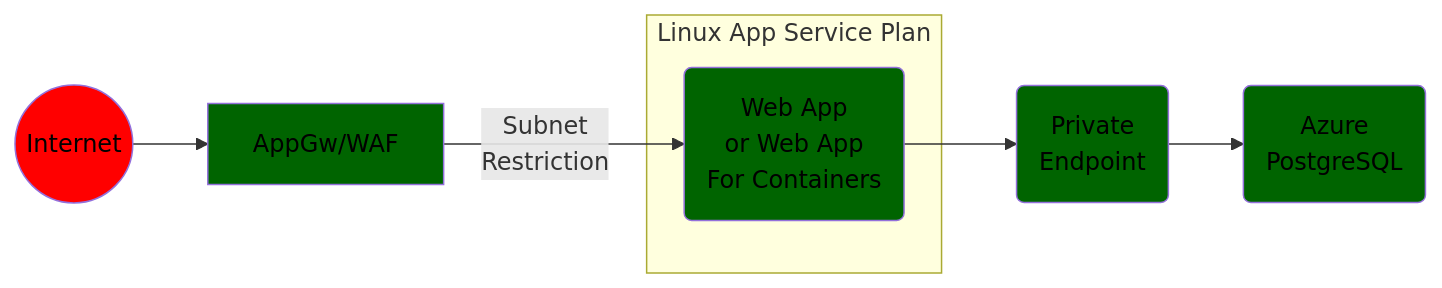
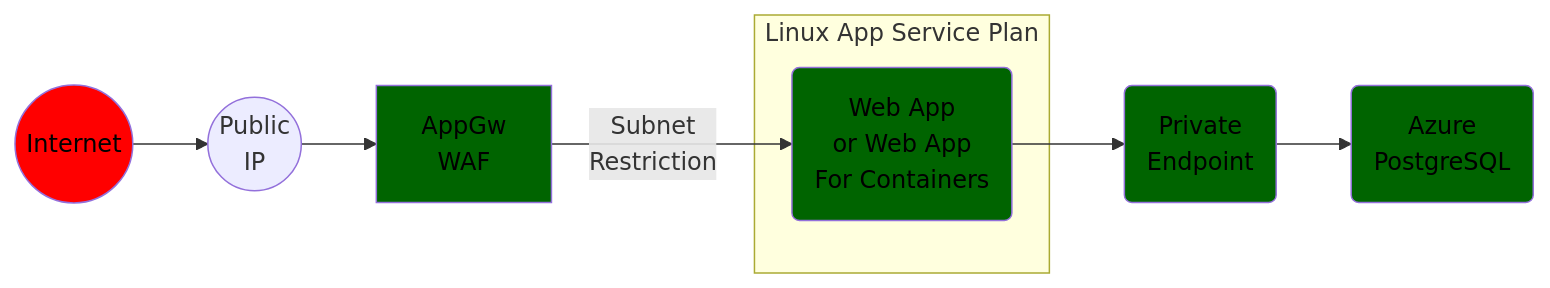
The third of 3 diagrams in README.md (msalemor/azure-java-app-linux-networking), drawn with Mermaid before and after one commit.

````diff
--- a/README.md
+++ b/README.md
@@ -53,15 +53,16 @@
 ```mermaid
 graph LR;
-  A((Internet))-->F[AppGw/WAF]
+  A((Internet))-->H((Public<br/>IP));
+  H-->F[AppGw<br/>WAF]
   F--Subnet<br/>Restriction-->a2;
   subgraph "Linux App Service Plan"
     a2(Web App<br/>or Web App<br/>For Containers)
   end  
   a2-->D(Private<br/>Endpoint);
   D-->G(Azure<br/>PostgreSQL);
   classDef unsafe fill:red,color:black;
   class A,B,C unsafe;
   classDef semisafe fill:darkorange,color:black;  
   classDef safe fill:darkgreen,color:black;
   class D,F,a2,G safe;
 ```
````
